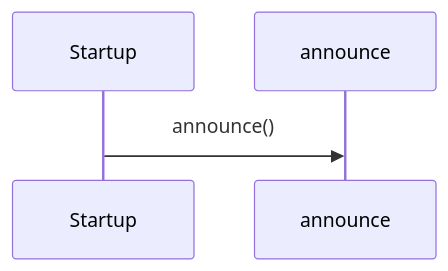
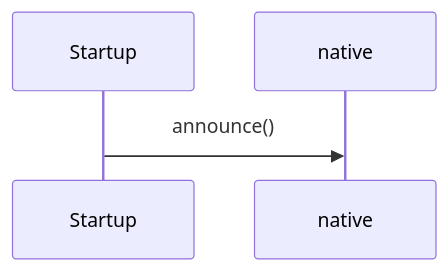
The second of 2 diagrams in docs/examples/ffi/main-diagrams.md (GreenPandaStudios/augscript), drawn with Mermaid before and after one commit. The commit also changed 200 other files, not shown here.

Commit message:
Group imported operations and wrap readable sequence messages

````diff
--- a/docs/examples/ffi/main-diagrams.md
+++ b/docs/examples/ffi/main-diagrams.md
@@ -39,6 +39,6 @@
 ```mermaid
 sequenceDiagram
     participant p0 as Startup
-    participant p1 as announce
+    participant p1 as native
     p0->>p1: announce()
 ```
````
